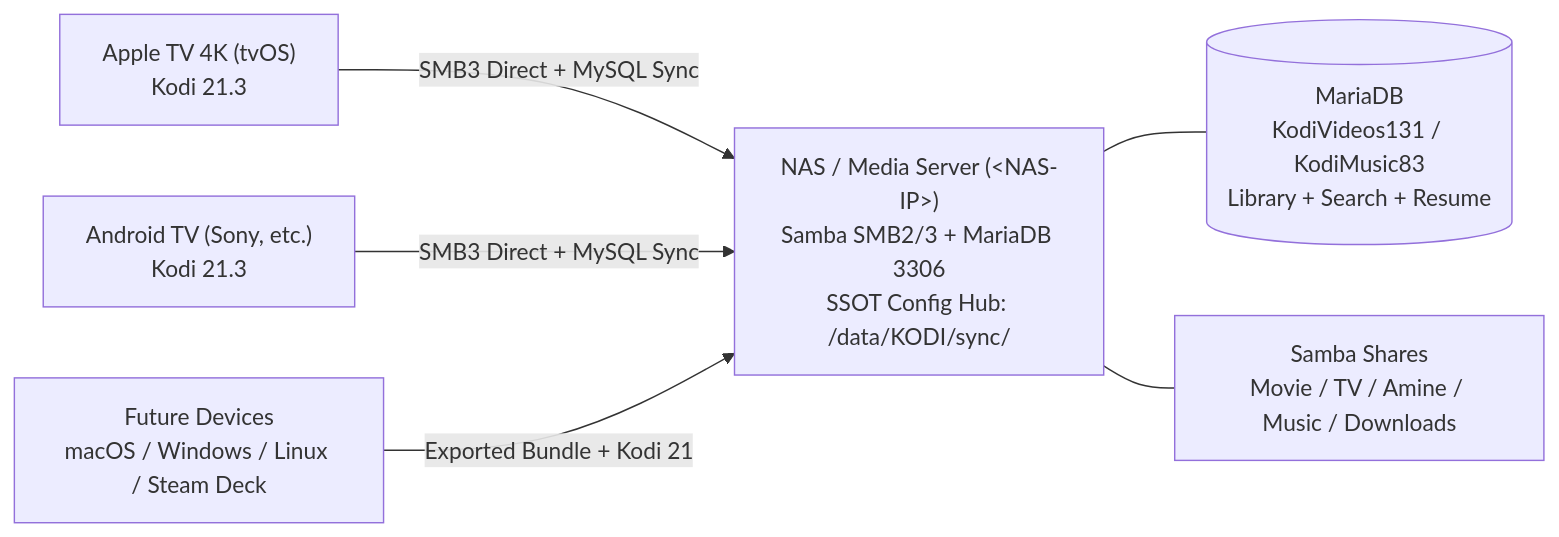
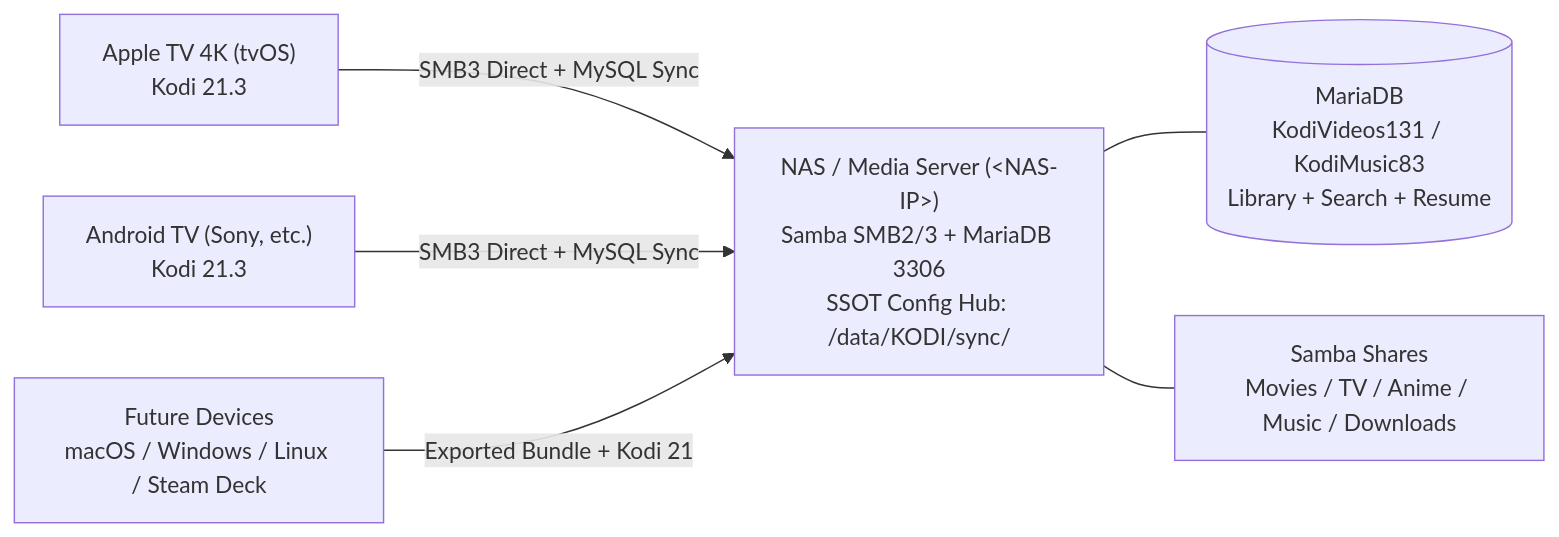
Before and after one commit to comicchang/trollstore-lite-tv: the diagram in docs/en/KODI-SYNC.md, drawn with Mermaid. The commit also changed 25 other files, not shown here.

````diff
--- a/docs/en/KODI-SYNC.md
+++ b/docs/en/KODI-SYNC.md
@@ -22,15 +22,15 @@
 ```mermaid
 flowchart LR
     NAS["NAS / Media Server (&lt;NAS-IP&gt;)<br/>Samba SMB2/3 + MariaDB 3306<br/>SSOT Config Hub: /data/KODI/sync/"]
     DB[("MariaDB<br/>KodiVideos131 / KodiMusic83<br/>Library + Search + Resume")]
-    SMB["Samba Shares<br/>Movie / TV / Amine / Music / Downloads"]
+    SMB["Samba Shares<br/>Movies / TV / Anime / Music / Downloads"]
     ATV["Apple TV 4K (tvOS)<br/>Kodi 21.3"]
     TV["Android TV (Sony, etc.)<br/>Kodi 21.3"]
     NEW["Future Devices<br/>macOS / Windows / Linux / Steam Deck"]
 
     NAS --- DB
     NAS --- SMB
     ATV -->|SMB3 Direct + MySQL Sync| NAS
     TV -->|SMB3 Direct + MySQL Sync| NAS
     NEW -->|Exported Bundle + Kodi 21| NAS
 ```
````
